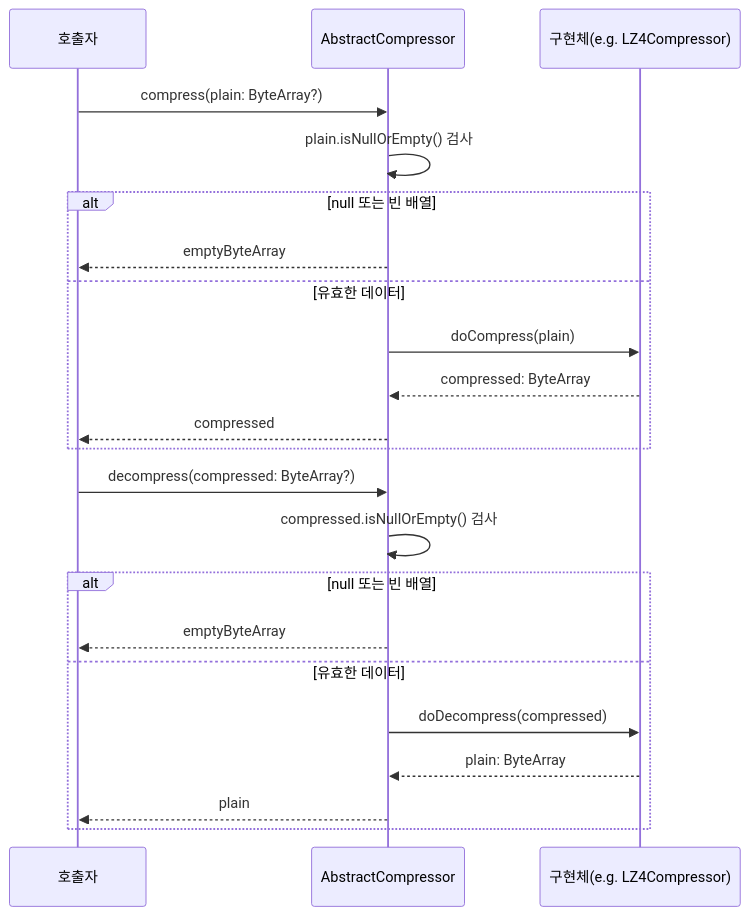
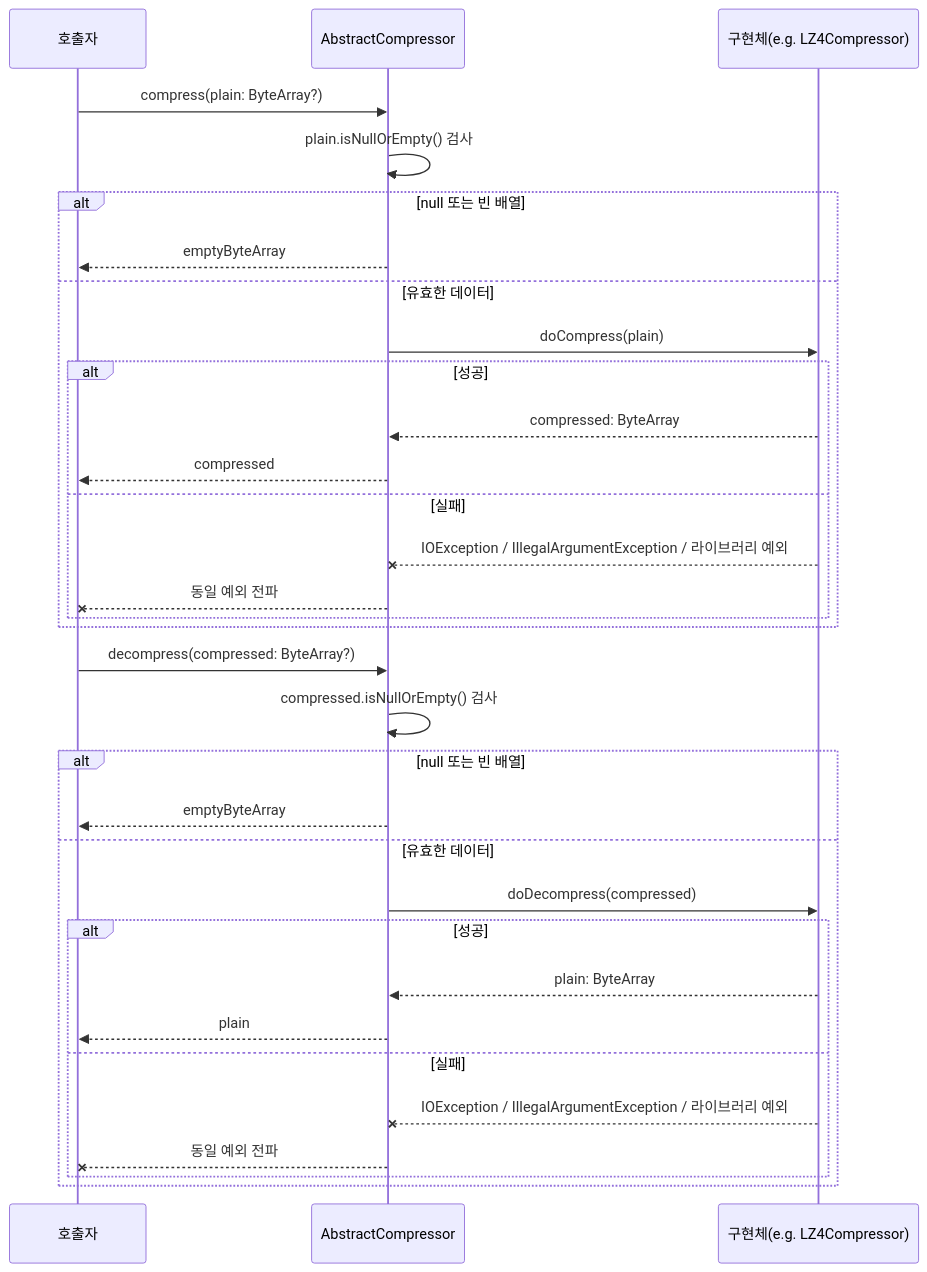
One commit to bluetape4k/bluetape4k-projects changed the third of 7 diagrams in io/io/README.ko.md. Above: the diagram before and after it, drawn with Mermaid. The commit also changed other lines of this file and 27 other files, not shown here.

````diff
--- a/io/io/README.ko.md
+++ b/io/io/README.ko.md
@@ -133,26 +133,36 @@
 ```mermaid
 sequenceDiagram
         participant C as 호출자
         participant AC as AbstractCompressor
         participant Impl as 구현체(e.g. LZ4Compressor)
 
     C->>AC: compress(plain: ByteArray?)
     AC->>AC: plain.isNullOrEmpty() 검사
     alt null 또는 빈 배열
         AC-->>C: emptyByteArray
     else 유효한 데이터
         AC->>Impl: doCompress(plain)
-        Impl-->>AC: compressed: ByteArray
-        AC-->>C: compressed
+        alt 성공
+            Impl-->>AC: compressed: ByteArray
+            AC-->>C: compressed
+        else 실패
+            Impl--xAC: IOException / IllegalArgumentException / 라이브러리 예외
+            AC--xC: 동일 예외 전파
+        end
     end
 
     C->>AC: decompress(compressed: ByteArray?)
     AC->>AC: compressed.isNullOrEmpty() 검사
     alt null 또는 빈 배열
         AC-->>C: emptyByteArray
     else 유효한 데이터
         AC->>Impl: doDecompress(compressed)
-        Impl-->>AC: plain: ByteArray
-        AC-->>C: plain
+        alt 성공
+            Impl-->>AC: plain: ByteArray
+            AC-->>C: plain
+        else 실패
+            Impl--xAC: IOException / IllegalArgumentException / 라이브러리 예외
+            AC--xC: 동일 예외 전파
+        end
     end
 ```
````
